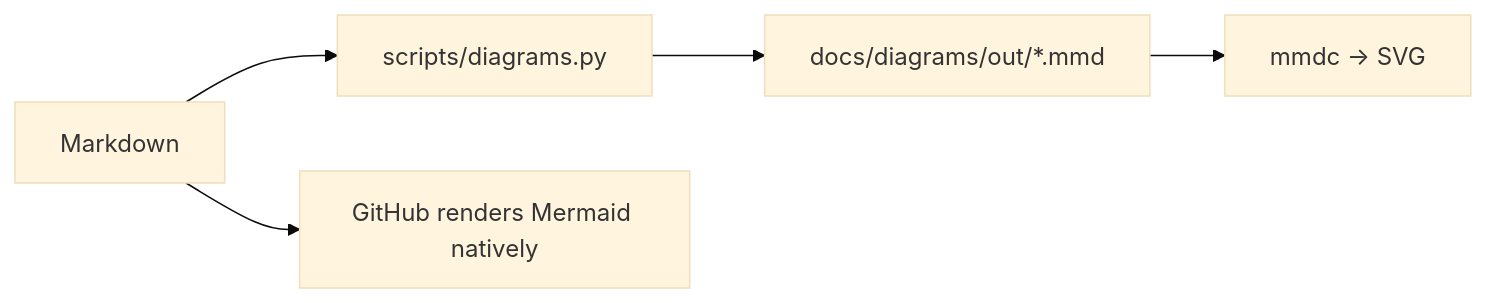
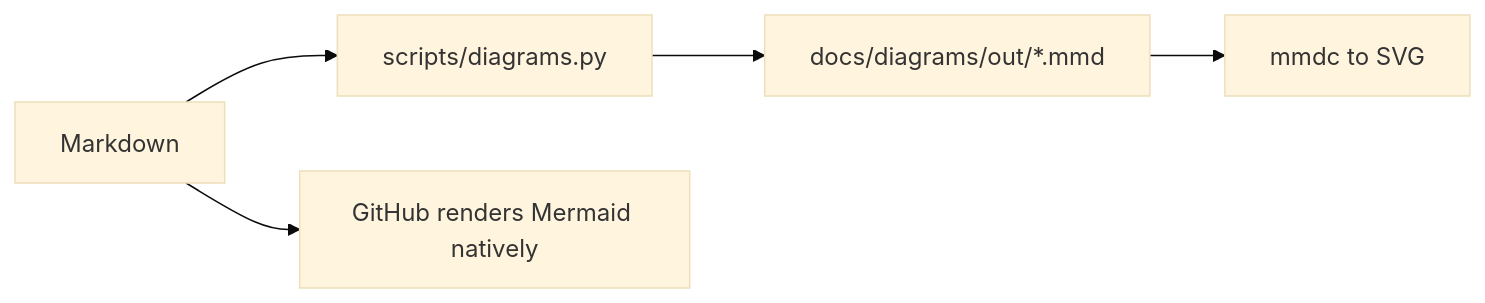
One commit to Ahmedbakr78/Web-to-Warehouse-Product-Intelligence-Pipeline changed the diagram in docs/23_glossary_and_faq.md. Above: the diagram before and after it, drawn with Mermaid (base theme). The commit also changed other lines of this file and 36 other files, not shown here.

````diff
--- a/docs/23_glossary_and_faq.md
+++ b/docs/23_glossary_and_faq.md
@@ -516,5 +516,5 @@
 ```mermaid
 flowchart LR
-    A["Markdown"] --> B["scripts/diagrams.py"] --> C["docs/diagrams/out/*.mmd"] --> D["mmdc → SVG"]
+    A["Markdown"] --> B["scripts/diagrams.py"] --> C["docs/diagrams/out/*.mmd"] --> D["mmdc to SVG"]
     A --> E["GitHub renders Mermaid natively"]
 ```
````
